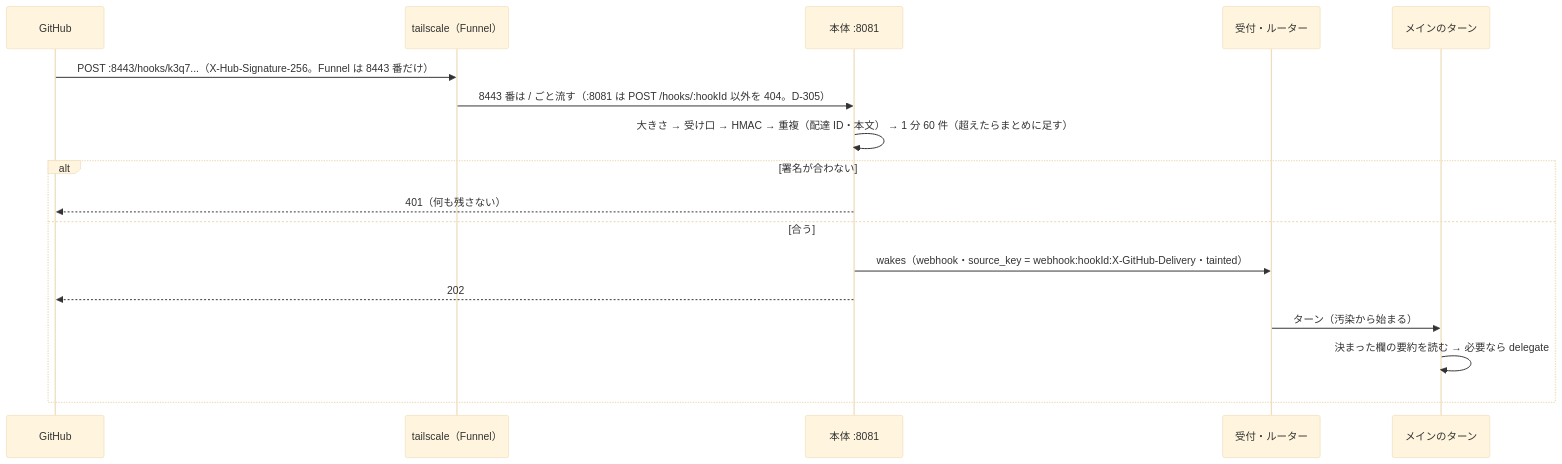
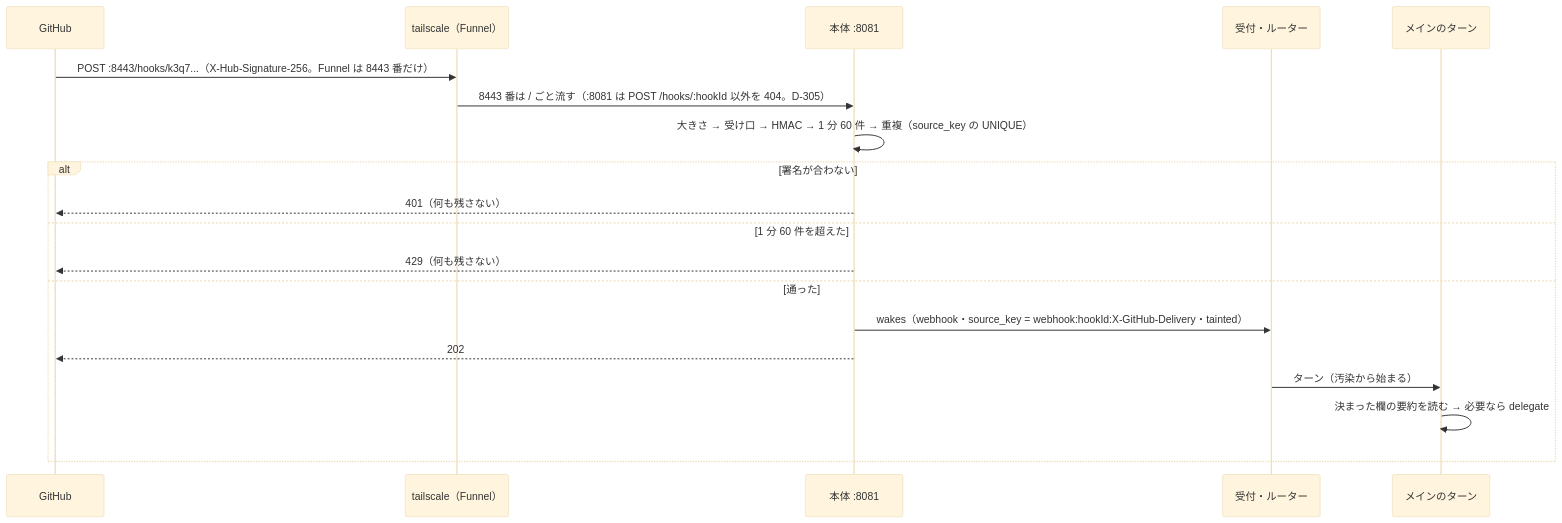
The third of 13 diagrams in docs/design/10_diagrams/sequences.md (itiwoja/agent-team), drawn with Mermaid (base theme) before and after one commit. The commit also changed other lines of this file and 34 other files, not shown here.

````diff
--- a/docs/design/10_diagrams/sequences.md
+++ b/docs/design/10_diagrams/sequences.md
@@ -58,19 +59,21 @@
 ```mermaid
 sequenceDiagram
  participant GH as GitHub
  participant TS as tailscale（Funnel）
  participant H as 本体 :8081
  participant IN as 受付・ルーター
  participant T as メインのターン
  GH->>TS: POST :8443/hooks/k3q7...（X-Hub-Signature-256。Funnel は 8443 番だけ）
  TS->>H: 8443 番は / ごと流す（:8081 は POST /hooks/:hookId 以外を 404。D-305）
- H->>H: 大きさ → 受け口 → HMAC → 重複（配達 ID・本文） → 1 分 60 件（超えたらまとめに足す）
+ H->>H: 大きさ → 受け口 → HMAC → 1 分 60 件 → 重複（source_key の UNIQUE）
  alt 署名が合わない
   H-->>GH: 401（何も残さない）
- else 合う
+ else 1 分 60 件を超えた
+  H-->>GH: 429（何も残さない）
+ else 通った
   H->>IN: wakes（webhook・source_key = webhook:hookId:X-GitHub-Delivery・tainted）
   H-->>GH: 202
   IN->>T: ターン（汚染から始まる）
   T->>T: 決まった欄の要約を読む → 必要なら delegate
  end
 ```
````
